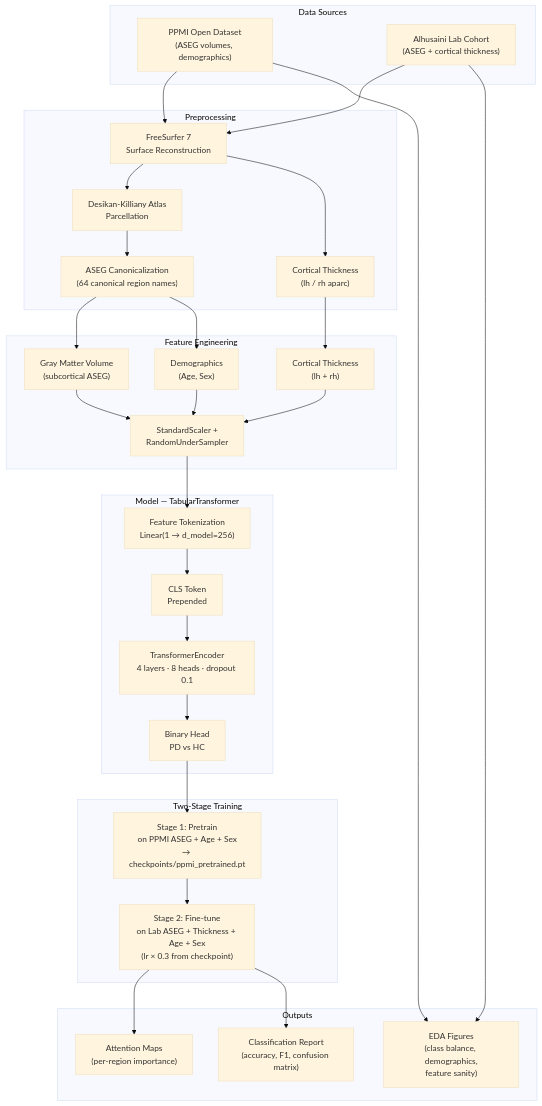
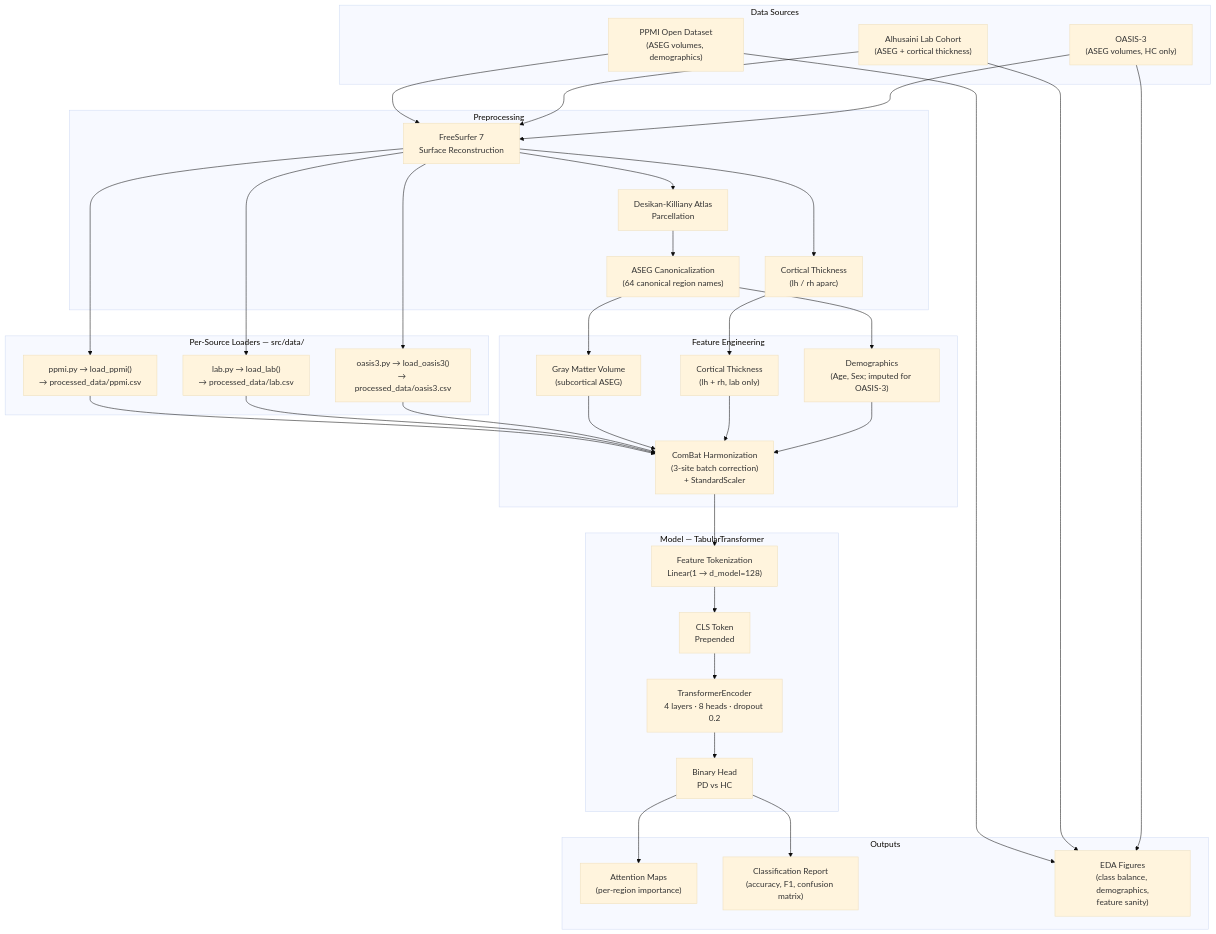
Before and after one commit to AntoDono/neur680-final-project: the first of 3 diagrams in README.md, drawn with Mermaid (base theme). The commit also changed other lines of this file and 39 other files, not shown here.

Commit message:
feat: oasis3-data

````diff
--- a/README.md
+++ b/README.md
@@ -26,52 +26,55 @@
 ```mermaid
 flowchart TD
     subgraph Data["Data Sources"]
         A1["PPMI Open Dataset\n(ASEG volumes, demographics)"]
         A2["Alhusaini Lab Cohort\n(ASEG + cortical thickness)"]
+        A3["OASIS-3\n(ASEG volumes, HC only)"]
+    end
+
+    subgraph Loaders["Per-Source Loaders — src/data/"]
+        L1["ppmi.py → load_ppmi()\n→ processed_data/ppmi.csv"]
+        L2["lab.py → load_lab()\n→ processed_data/lab.csv"]
+        L3["oasis3.py → load_oasis3()\n→ processed_data/oasis3.csv"]
     end
 
     subgraph Preprocessing["Preprocessing"]
         B1["FreeSurfer 7\nSurface Reconstruction"]
         B2["Desikan-Killiany Atlas\nParcellation"]
         B3["ASEG Canonicalization\n(64 canonical region names)"]
         B4["Cortical Thickness\n(lh / rh aparc)"]
     end
 
     subgraph Features["Feature Engineering"]
         C1["Gray Matter Volume\n(subcortical ASEG)"]
-        C2["Cortical Thickness\n(lh + rh)"]
-        C3["Demographics\n(Age, Sex)"]
-        C4["StandardScaler +\nRandomUnderSampler"]
+        C2["Cortical Thickness\n(lh + rh, lab only)"]
+        C3["Demographics\n(Age, Sex; imputed for OASIS-3)"]
+        C4["ComBat Harmonization\n(3-site batch correction)\n+ StandardScaler"]
     end
 
     subgraph Model["Model — TabularTransformer"]
-        D1["Feature Tokenization\nLinear(1 → d_model=256)"]
+        D1["Feature Tokenization\nLinear(1 → d_model=128)"]
         D2["CLS Token\nPrepended"]
-        D3["TransformerEncoder\n4 layers · 8 heads · dropout 0.1"]
+        D3["TransformerEncoder\n4 layers · 8 heads · dropout 0.2"]
         D4["Binary Head\nPD vs HC"]
-    end
-
-    subgraph Training["Two-Stage Training"]
-        E1["Stage 1: Pretrain\non PPMI ASEG + Age + Sex\n→ checkpoints/ppmi_pretrained.pt"]
-        E2["Stage 2: Fine-tune\non Lab ASEG + Thickness + Age + Sex\n(lr × 0.3 from checkpoint)"]
     end
 
     subgraph Output["Outputs"]
         F1["Attention Maps\n(per-region importance)"]
         F2["Classification Report\n(accuracy, F1, confusion matrix)"]
         F3["EDA Figures\n(class balance, demographics,\nfeature sanity)"]
     end
 
-    A1 --> B1
-    A2 --> B1
+    A1 --> B1 --> L1
+    A2 --> B1 --> L2
+    A3 --> B1 --> L3
     B1 --> B2 --> B3
     B1 --> B4
     B3 --> C1
     B4 --> C2
     B3 --> C3
+    L1 & L2 & L3 --> C4
     C1 & C2 & C3 --> C4
     C4 --> D1 --> D2 --> D3 --> D4
-    D4 --> E1 --> E2
-    E2 --> F1 & F2
-    A1 & A2 --> F3
+    D4 --> F1 & F2
+    A1 & A2 & A3 --> F3
 ```
````
